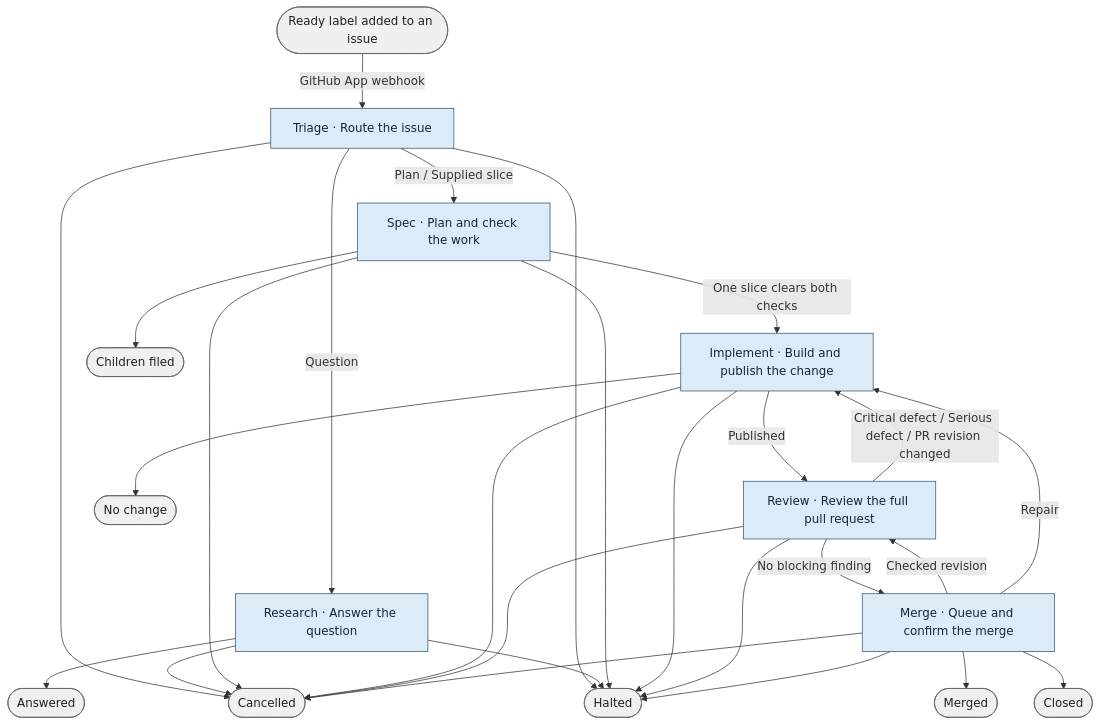
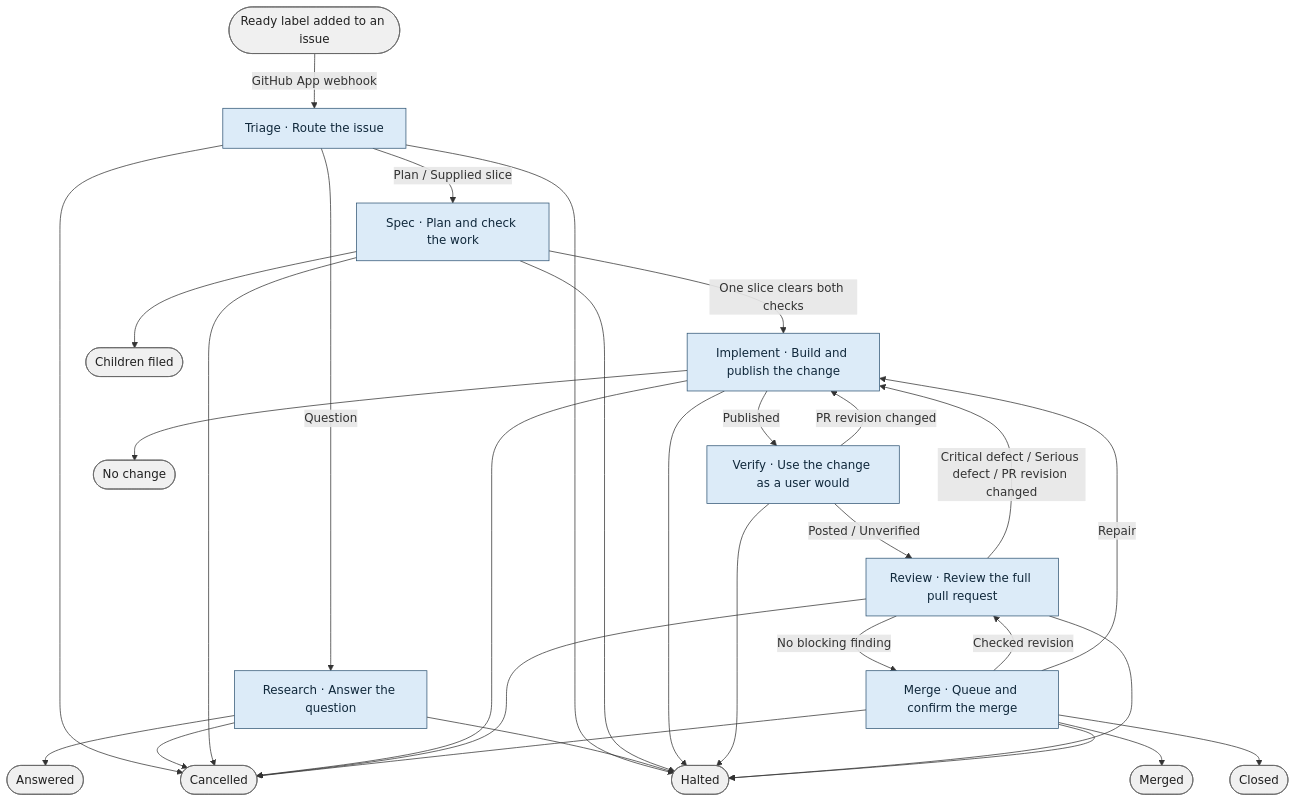
One commit to bookout-labs/tools changed the diagram in docs/graph/blueprint/views/target.mmd. Above: the diagram before and after it, drawn with Mermaid. The commit also changed 24 other files, not shown here.

Commit message:
Draw the Verify stage: the verifier uses the change as a user would before review (D11)

```diff
--- a/docs/graph/blueprint/views/target.mmd
+++ b/docs/graph/blueprint/views/target.mmd
@@ -1,46 +1,50 @@
 flowchart TD
     n0(["Ready label added to an issue"]):::terminal
     n1["Triage · Route the issue"]:::stage
     n2["Research · Answer the question"]:::stage
     n3["Spec · Plan and check the work"]:::stage
     n4["Implement · Build and publish the change"]:::stage
-    n5["Review · Review the full pull request"]:::stage
-    n6["Merge · Queue and confirm the merge"]:::stage
-    n7(["Cancelled"]):::terminal
-    n8(["Halted"]):::terminal
-    n9(["Answered"]):::terminal
-    n10(["Children filed"]):::terminal
-    n11(["No change"]):::terminal
-    n12(["Merged"]):::terminal
-    n13(["Closed"]):::terminal
+    n5["Verify · Use the change as a user would"]:::stage
+    n6["Review · Review the full pull request"]:::stage
+    n7["Merge · Queue and confirm the merge"]:::stage
+    n8(["Cancelled"]):::terminal
+    n9(["Halted"]):::terminal
+    n10(["Answered"]):::terminal
+    n11(["Children filed"]):::terminal
+    n12(["No change"]):::terminal
+    n13(["Merged"]):::terminal
+    n14(["Closed"]):::terminal
     n0 -->|"GitHub App webhook"| n1
     n1 -->|"Question"| n2
     n1 -->|"Plan / Supplied slice"| n3
-    n1 --> n7
     n1 --> n8
+    n1 --> n9
+    n2 --> n10
+    n2 --> n8
     n2 --> n9
-    n2 --> n7
-    n2 --> n8
     n3 -->|"One slice clears both checks"| n4
-    n3 --> n10
-    n3 --> n7
+    n3 --> n11
     n3 --> n8
+    n3 --> n9
     n4 -->|"Published"| n5
-    n4 --> n11
-    n4 --> n7
+    n4 --> n12
     n4 --> n8
-    n5 -->|"Critical defect / Serious defect / PR revision changed"| n4
-    n5 -->|"No blocking finding"| n6
-    n5 --> n7
-    n5 --> n8
-    n6 --> n12
-    n6 --> n13
-    n6 -->|"Checked revision"| n5
-    n6 -->|"Repair"| n4
-    n6 --> n7
+    n4 --> n9
+    n5 -->|"Posted / Unverified"| n6
+    n5 -->|"PR revision changed"| n4
+    n5 --> n9
+    n6 -->|"Critical defect / Serious defect / PR revision changed"| n4
+    n6 -->|"No blocking finding"| n7
     n6 --> n8
+    n6 --> n9
+    n7 --> n13
+    n7 --> n14
+    n7 -->|"Checked revision"| n6
+    n7 -->|"Repair"| n4
+    n7 --> n8
+    n7 --> n9
     classDef stage fill:#dcebf8,stroke:#315675,color:#10283b
     classDef step fill:#edf3f8,stroke:#597187,color:#132638
     classDef worker fill:#d7f0e8,stroke:#357369,color:#133c36
     classDef gate fill:#fff0c9,stroke:#89641f,color:#3f2b0b
     classDef terminal fill:#f0f0f0,stroke:#666666,color:#202020
```
